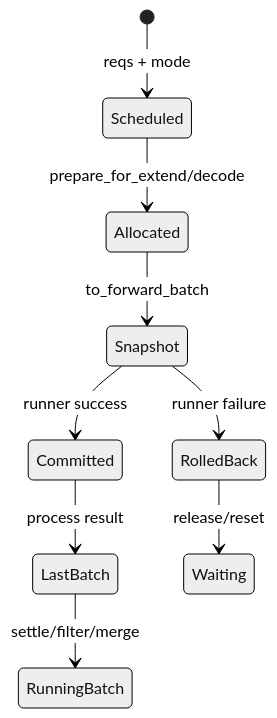
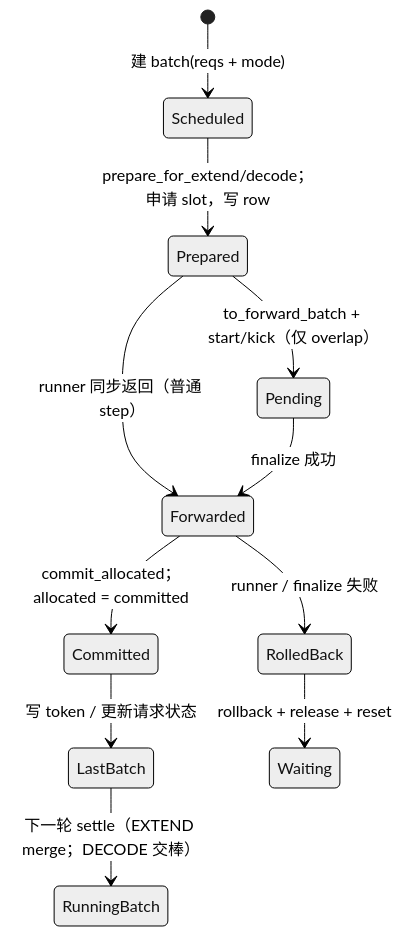
The second of 12 diagrams in my-sglang/docs/scheduler-kv-overview.md (stream-iori/sglang), drawn with Mermaid (neutral theme) before and after one commit. The commit also changed other lines of this file, not shown here.

````diff
--- a/my-sglang/docs/scheduler-kv-overview.md
+++ b/my-sglang/docs/scheduler-kv-overview.md
@@ -25,11 +43,13 @@
 ```mermaid
 stateDiagram-v2
-    [*] --> Scheduled: reqs + mode
-    Scheduled --> Allocated: prepare_for_extend/decode
-    Allocated --> Snapshot: to_forward_batch
-    Snapshot --> Committed: runner success
-    Snapshot --> RolledBack: runner failure
-    Committed --> LastBatch: process result
-    LastBatch --> RunningBatch: settle/filter/merge
-    RolledBack --> Waiting: release/reset
+    [*] --> Scheduled: 建 batch(reqs + mode)
+    Scheduled --> Prepared: prepare_for_extend/decode；申请 slot，写 row
+    Prepared --> Pending: to_forward_batch + start/kick（仅 overlap）
+    Prepared --> Forwarded: runner 同步返回（普通 step）
+    Pending --> Forwarded: finalize 成功
+    Forwarded --> Committed: commit_allocated；allocated = committed
+    Forwarded --> RolledBack: runner / finalize 失败
+    Committed --> LastBatch: 写 token / 更新请求状态
+    LastBatch --> RunningBatch: 下一轮 settle（EXTEND merge；DECODE 交棒）
+    RolledBack --> Waiting: rollback + release + reset
 ```
````
